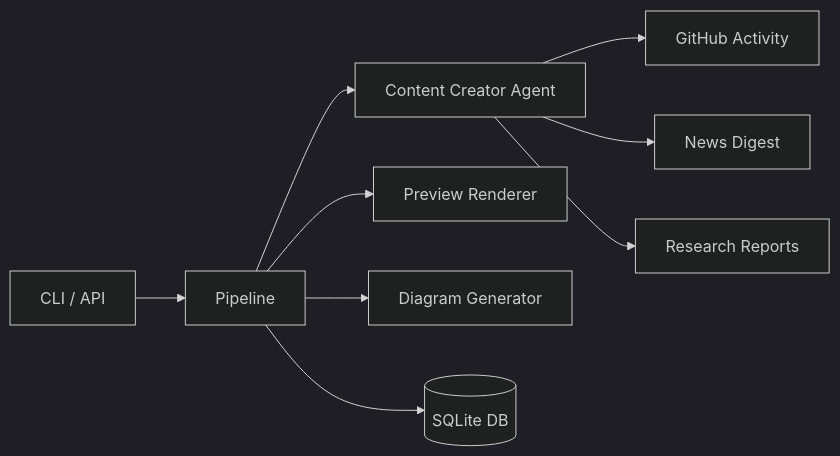
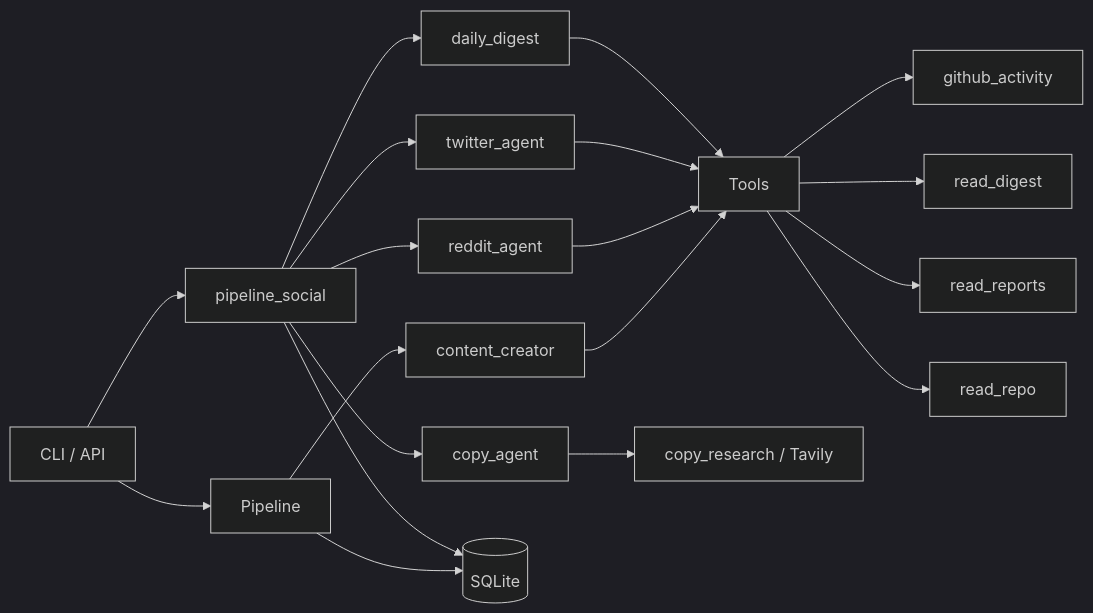
One commit to ShonP/linkedin-advisor changed the diagram in README.md. Above: the diagram before and after it, drawn with Mermaid (dark theme). The commit also changed other lines of this file and 16 other files, not shown here.

First line of the commit message:
feat: multi-platform social advisor (Reddit, Twitter, copy research, daily digest)

````diff
--- a/README.md
+++ b/README.md
@@ -66,11 +95,17 @@
 ```mermaid
 graph LR
     CLI[CLI / API] --> Pipeline
-    Pipeline --> Agent[Content Creator Agent]
-    Agent --> GH[GitHub Activity]
-    Agent --> News[News Digest]
-    Agent --> Research[Research Reports]
-    Pipeline --> Preview[Preview Renderer]
-    Pipeline --> Diagram[Diagram Generator]
-    Pipeline --> DB[(SQLite DB)]
+    CLI --> PipelineSocial[pipeline_social]
+    Pipeline --> LIAgent[content_creator]
+    PipelineSocial --> RedditAgent[reddit_agent]
+    PipelineSocial --> TwitterAgent[twitter_agent]
+    PipelineSocial --> CopyAgent[copy_agent]
+    PipelineSocial --> DigestAgent[daily_digest]
+    LIAgent & RedditAgent & TwitterAgent & DigestAgent --> Tools
+    Tools --> GH[github_activity]
+    Tools --> News[read_digest]
+    Tools --> Research[read_reports]
+    Tools --> Repo[read_repo]
+    CopyAgent --> CopyResearch[copy_research / Tavily]
+    Pipeline & PipelineSocial --> DB[(SQLite)]
 ```
````
